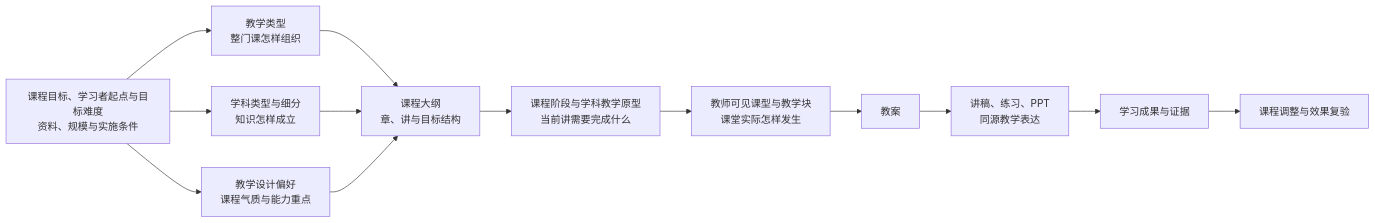
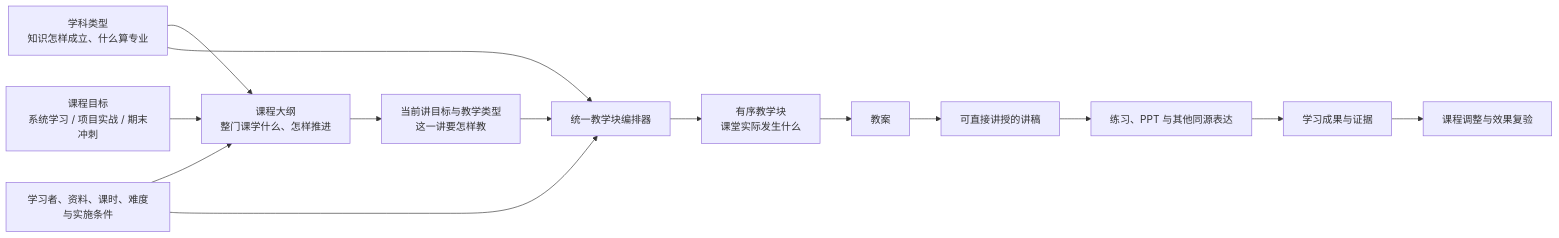
One commit to elgoog577215-beep/hackthon changed the second of 3 diagrams in docs/产品蓝图.md. Above: the diagram before and after it, drawn with Mermaid. The commit also changed other lines of this file and 16 other files, not shown here.

````diff
--- a/docs/产品蓝图.md
+++ b/docs/产品蓝图.md
@@ -50,15 +50,16 @@
 ```mermaid
 flowchart LR
-    A["课程目标、学习者起点与目标难度<br/>资料、规模与实施条件"] --> B["教学类型<br/>整门课怎样组织"]
-    A --> C["学科类型与细分<br/>知识怎样成立"]
-    A --> D["教学设计偏好<br/>课程气质与能力重点"]
-    B --> E["课程大纲<br/>章、讲与目标结构"]
-    C --> E
-    D --> E
-    E --> F["课程阶段与学科教学原型<br/>当前讲需要完成什么"]
-    F --> G["教师可见课型与教学块<br/>课堂实际怎样发生"]
+    A["课程目标<br/>系统学习 / 项目实战 / 期末冲刺"] --> D["课程大纲<br/>整门课学什么、怎样推进"]
+    B["学科类型<br/>知识怎样成立、什么算专业"] --> D
+    C["学习者、资料、课时、难度与实施条件"] --> D
+    D --> E["当前讲目标与教学类型<br/>这一讲要怎样教"]
+    B --> F["统一教学块编排器"]
+    C --> F
+    E --> F
+    F --> G["有序教学块<br/>课堂实际发生什么"]
     G --> H["教案"]
-    H --> I["讲稿、练习、PPT<br/>同源教学表达"]
-    I --> J["学习成果与证据"]
-    J --> K["课程调整与效果复验"]
+    H --> I["可直接讲授的讲稿"]
+    I --> J["练习、PPT 与其他同源表达"]
+    J --> K["学习成果与证据"]
+    K --> L["课程调整与效果复验"]
 ```
````
